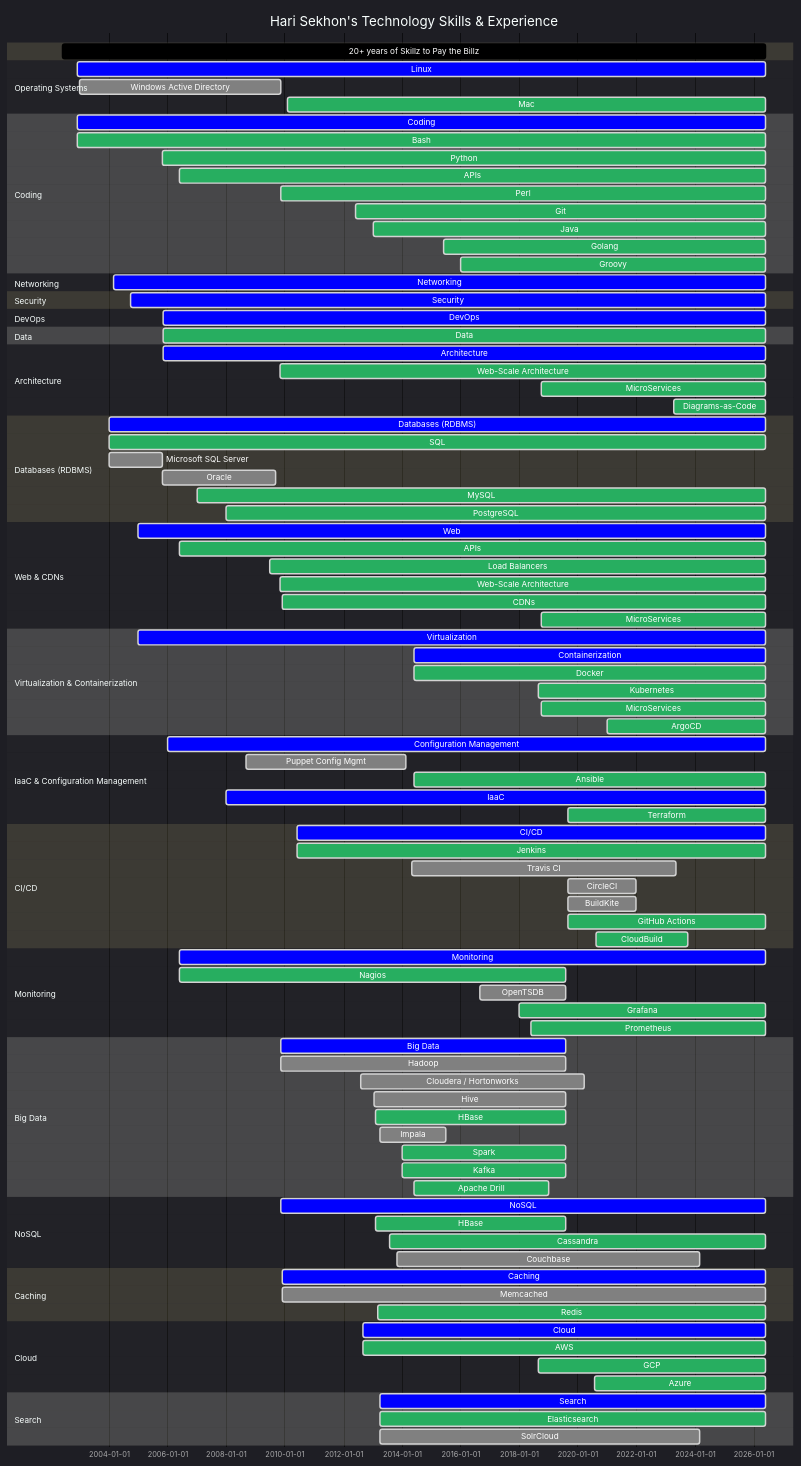
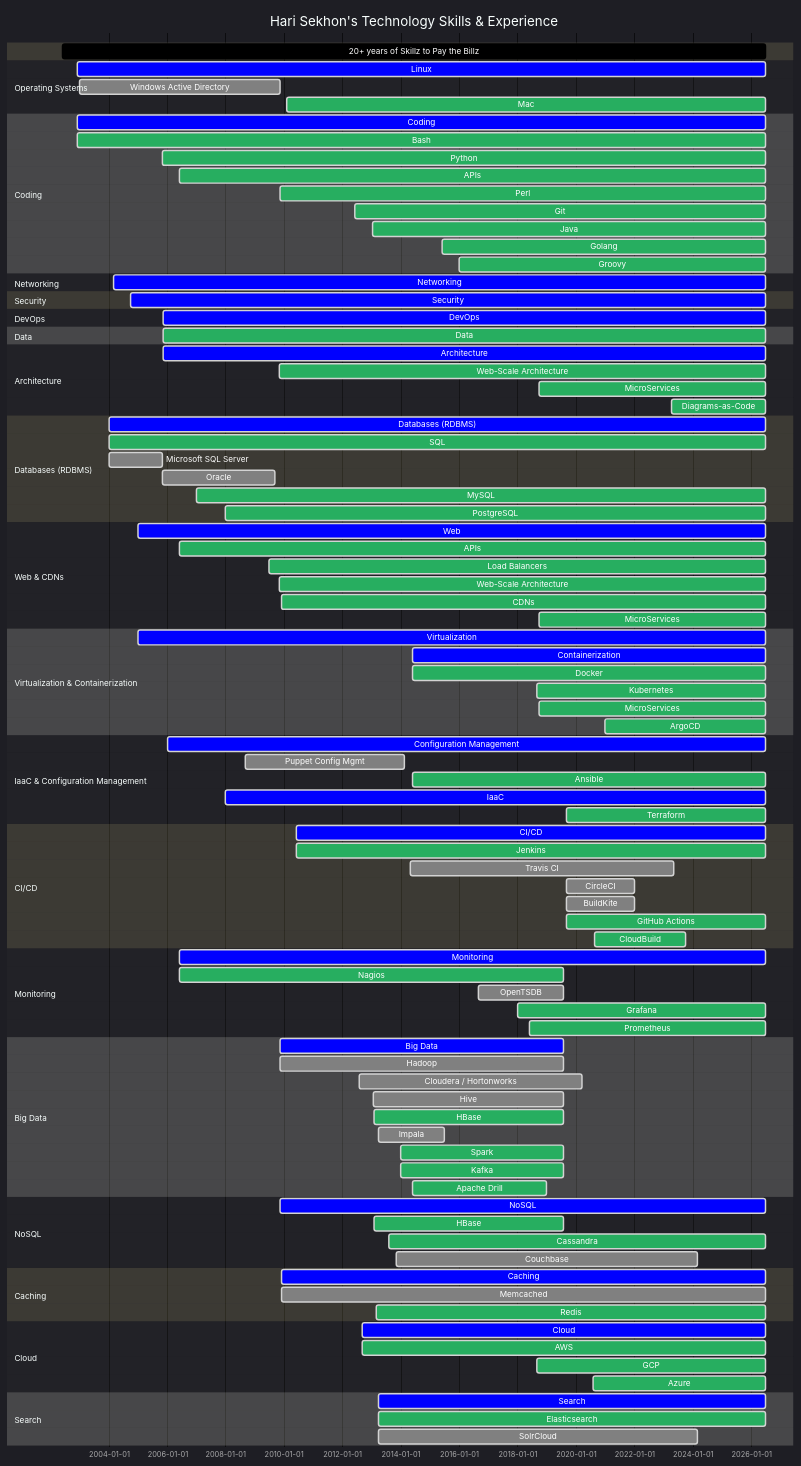
One commit to HariSekhon/HariSekhon changed the second of 2 diagrams in README.md. Above: the diagram before and after it, drawn with Mermaid. The commit also changed other lines of this file, not shown here.

Commit message:
updated profile counters

````diff
--- a/README.md
+++ b/README.md
@@ -1401,129 +1401,129 @@
     title Hari Sekhon's Technology Skills & Experience
     dateFormat  YYYY-MM-DD
 
-    20+ years of Skillz to Pay the Billz : 2002-06-01, 2026-05-30
+    20+ years of Skillz to Pay the Billz : 2002-06-01, 2026-06-30
 
     section Operating Systems
-    Linux                    : crit, 2002-12-01, 2026-05-30
+    Linux                    : crit, 2002-12-01, 2026-06-30
     Windows Active Directory : done, 2003-01-01, 2009-11-10
-    %%Redhat Linux             : active, 2002-12-01, 2026-05-30
-    %%Debian Linux             : active, 2003-01-01, 2026-05-30
+    %%Redhat Linux             : active, 2002-12-01, 2026-06-30
+    %%Debian Linux             : active, 2003-01-01, 2026-06-30
     %%Gentoo Linux             : done, 2004-06-01, 2009-11-10
-    %%Ubuntu Linux             : active, 2006-06-01, 2026-05-30
-    %%Alpine Linux             : done, 2016-01-01, 2026-05-30
-    Mac                      : active, 2010-02-01, 2026-05-30
+    %%Ubuntu Linux             : active, 2006-06-01, 2026-06-30
+    %%Alpine Linux             : done, 2016-01-01, 2026-06-30
+    Mac                      : active, 2010-02-01, 2026-06-30
 
     section Coding
-    Coding                 : crit, 2002-12-01, 2026-05-30
-    Bash                   : active, 2002-12-01, 2026-05-30
-    Python                 : active, 2005-11-01, 2026-05-30
-    APIs                   : active, 2006-06-01, 2026-05-30
+    Coding                 : crit, 2002-12-01, 2026-06-30
+    Bash                   : active, 2002-12-01, 2026-06-30
+    Python                 : active, 2005-11-01, 2026-06-30
+    APIs                   : active, 2006-06-01, 2026-06-30
     %%VBScript               : done, 2005-05-01, 2009-11-01
-    Perl                   : active, 2009-11-13, 2026-05-30
-    Git                    : active, 2012-06-01, 2026-05-30
+    Perl                   : active, 2009-11-13, 2026-06-30
+    Git                    : active, 2012-06-01, 2026-06-30
     %%Ruby                   : done, 2009-11-13, 2013-01-31
-    Java                   : active, 2013-01-13, 2026-05-30
+    Java                   : active, 2013-01-13, 2026-06-30
     %%Jython                 : done, 2013-01-13, 2015-12-31
     %%JRuby                  : done, 2013-03-01, 2013-08-31
     %%Scala                  : done, 2014-01-01, 2015-12-31
-    Golang                 : active, 2015-06-01, 2026-05-30
-    Groovy                 : active, 2016-01-01, 2026-05-30
+    Golang                 : active, 2015-06-01, 2026-06-30
+    Groovy                 : active, 2016-01-01, 2026-06-30
 
     %%section Build Systems
-    %%Make                   : active, 2006-06-01, 2026-05-30
-    %%Maven                  : active, 2013-02-01, 2026-05-30
-    %%SBT                    : active, 2014-01-01, 2026-05-30
-    %%Gradle                 : active, 2014-06-01, 2026-05-30
+    %%Make                   : active, 2006-06-01, 2026-06-30
+    %%Maven                  : active, 2013-02-01, 2026-06-30
+    %%SBT                    : active, 2014-01-01, 2026-06-30
+    %%Gradle                 : active, 2014-06-01, 2026-06-30
 
     %%section Version Control Systems
     %%Subversion             : done, 2005-11-13, 2012-06-01
     %%Mercurial              : done, 2011-06-01, 2013-06-01
-    %%Git                    : active, 2012-06-01, 2026-05-30
-    %%GitHub                 : active, 2012-12-31, 2026-05-30
+    %%Git                    : active, 2012-06-01, 2026-06-30
+    %%GitHub                 : active, 2012-12-31, 2026-06-30
 
     section Networking
-    Networking             : crit, 2004-03-01, 2026-05-30
-    %%VPNs                   : active, 2006-06-01, 2026-05-30
-    %%Cisco - IOS / NX-OS    : done, 2004-03-01, 2026-05-30
+    Networking             : crit, 2004-03-01, 2026-06-30
+    %%VPNs                   : active, 2006-06-01, 2026-06-30
+    %%Cisco - IOS / NX-OS    : done, 2004-03-01, 2026-06-30
     %%Juniper - Netscreen / SSG / SRX / ScreenOS / JunOS : done, 2007-01-01, 2013-01-18
     %%Netgear                : done, 2005-01-01, 2012-12-31
 
     section Load Balancers
 
     section Security
-    Security               : crit, 2004-10-01, 2026-05-30
-    %%Kerberos               : active, 2006-06-01, 2026-05-30
-    %%LDAP                   : active, 2006-06-01, 2026-05-30
+    Security               : crit, 2004-10-01, 2026-06-30
+    %%Kerberos               : active, 2006-06-01, 2026-06-30
+    %%LDAP                   : active, 2006-06-01, 2026-06-30
 
     section DevOps
-    DevOps                   : crit, 2005-11-11, 2026-05-30
+    DevOps                   : crit, 2005-11-11, 2026-06-30
 
     section Data
-    Data                   : active, 2005-11-11, 2026-05-30
-    %%Data Validation        : done, 2006-06-01, 2026-05-30
-    %%Data Science           : done, 2013-01-18, 2026-05-30
+    Data                   : active, 2005-11-11, 2026-06-30
+    %%Data Validation        : done, 2006-06-01, 2026-06-30
+    %%Data Science           : done, 2013-01-18, 2026-06-30
 
     section Architecture
-    Architecture            : crit,   2005-11-11, 2026-05-30
-    Web-Scale Architecture  : active, 2009-11-01, 2026-05-30
-    MicroServices           : active, 2018-10-01, 2026-05-30
-    Diagrams-as-Code        : active, 2023-04-14, 2026-05-30
+    Architecture            : crit,   2005-11-11, 2026-06-30
+    Web-Scale Architecture  : active, 2009-11-01, 2026-06-30
+    MicroServices           : active, 2018-10-01, 2026-06-30
+    Diagrams-as-Code        : active, 2023-04-14, 2026-06-30
 
     section Databases (RDBMS)
-    Databases (RDBMS)      : crit, 2004-01-01, 2026-05-30
-    SQL                    : active, 2004-01-01, 2026-05-30
+    Databases (RDBMS)      : crit, 2004-01-01, 2026-06-30
+    SQL                    : active, 2004-01-01, 2026-06-30
     Microsoft SQL Server   : done, 2004-01-01, 2005-10-31
     Oracle                 : done, 2005-11-01, 2009-09-10
-    MySQL                  : active, 2007-01-01, 2026-05-30
-    PostgreSQL             : active, 2008-01-01, 2026-05-30
+    MySQL                  : active, 2007-01-01, 2026-06-30
+    PostgreSQL             : active, 2008-01-01, 2026-06-30
 
     section Web & CDNs
-    Web                    : crit, 2005-01-01, 2026-05-30
-    APIs                   : active, 2006-06-01, 2026-05-30
+    Web                    : crit, 2005-01-01, 2026-06-30
+    APIs                   : active, 2006-06-01, 2026-06-30
 
-    Load Balancers         : active, 2009-07-01, 2026-05-30
+    Load Balancers         : active, 2009-07-01, 2026-06-30
     %%LVS                    : done, 2009-01-01, 2009-11-11
     %%Foundry - ServerIron XL / 4G : done, 2009-10-13, 2011-11-31
     %%F5 BigIP               : done, 2010-06-01, 2013-01-18
-    %%HAProxy                : active, 2018-04-01, 2026-05-30
-    %%Kong                   : active, 2023-03-01, 2026-05-30
-    %%Traefik                : active, 2023-03-01, 2026-05-30
+    %%HAProxy                : active, 2018-04-01, 2026-06-30
+    %%Kong                   : active, 2023-03-01, 2026-06-30
+    %%Traefik                : active, 2023-03-01, 2026-06-30
 
-    Web-Scale Architecture : active, 2009-11-01, 2026-05-30
-    CDNs                   : active, 2009-12-01, 2026-05-30
+    Web-Scale Architecture : active, 2009-11-01, 2026-06-30
+    CDNs                   : active, 2009-12-01, 2026-06-30
     %%UlraDNS                : done, 2009-11-01, 2012-06-31
     %%Cotendo                : done, 2012-06-01, 2013-01-13
-    %%Cloudflare             : active, 2020-08-20, 2026-05-30
-    MicroServices            : active, 2018-10-01, 2026-05-30
+    %%Cloudflare             : active, 2020-08-20, 2026-06-30
+    MicroServices            : active, 2018-10-01, 2026-06-30
 
     section Virtualization & Containerization
-    Virtualization         : crit, 2005-01-01, 2026-05-30
+    Virtualization         : crit, 2005-01-01, 2026-06-30
     %%VMware ESX, ESXi, VirtualBox : done, 2005-01-01, 2017-02-16
     %%Vagrant                : active, 2013-01-01, 2023-12-31
-    Containerization       : crit, 2014-06-01, 2026-05-30
-    Docker                 : active, 2014-06-01, 2026-05-30
-    Kubernetes             : active, 2018-09-01, 2026-05-30
-    MicroServices          : active, 2018-10-01, 2026-05-30
-    ArgoCD                 : active, 2021-01-01, 2026-05-30
+    Containerization       : crit, 2014-06-01, 2026-06-30
+    Docker                 : active, 2014-06-01, 2026-06-30
+    Kubernetes             : active, 2018-09-01, 2026-06-30
+    MicroServices          : active, 2018-10-01, 2026-06-30
+    ArgoCD                 : active, 2021-01-01, 2026-06-30
 
     section IaaC & Configuration Management
-    Configuration Management :crit, 2006-01-01, 2026-05-30
+    Configuration Management :crit, 2006-01-01, 2026-06-30
     Puppet Config Mgmt     : done, 2008-09-01, 2014-02-18
-    Ansible                : active, 2014-06-01, 2026-05-30
-    IaaC                   :crit, 2008-01-01, 2026-05-30
-    Terraform              :active, 2019-09-01, 2026-05-30
+    Ansible                : active, 2014-06-01, 2026-06-30
+    IaaC                   :crit, 2008-01-01, 2026-06-30
+    Terraform              :active, 2019-09-01, 2026-06-30
     %%Terraform Cloud        : active, 2021-09-01, 2022-09-31
-    %%Kickstart              : active, 2008-01-01, 2026-05-30
-    %%Preseed                : active, 2009-01-01, 2026-05-30
-    %%AutoInstall            : active, 2023-01-01, 2026-05-30
+    %%Kickstart              : active, 2008-01-01, 2026-06-30
+    %%Preseed                : active, 2009-01-01, 2026-06-30
+    %%AutoInstall            : active, 2023-01-01, 2026-06-30
 
     section CI/CD
-    CI/CD                  : crit, 2010-06-01, 2026-05-30
-    Jenkins                : active, 2010-06-01, 2026-05-30
+    CI/CD                  : crit, 2010-06-01, 2026-06-30
+    Jenkins                : active, 2010-06-01, 2026-06-30
     Travis CI              : done, 2014-05-01, 2023-05-08
     CircleCI               : done, 2019-09-01, 2021-12-31
     BuildKite              : done, 2019-09-01, 2021-12-31
-    GitHub Actions         : active, 2019-09-01, 2026-05-30
+    GitHub Actions         : active, 2019-09-01, 2026-06-30
     %%GitLab                 : active, 2019-09-01, 2022-12-31
     %%Azure DevOps           : done, 2019-09-01, 2022-12-31
     %%Bitbucket              : done, 2019-09-01, 2022-12-31
@@ -1532,11 +1532,11 @@
     CloudBuild             : active, 2020-08-20, 2023-09-30
 
     section Monitoring
-    Monitoring             : crit, 2006-06-01, 2026-05-30
+    Monitoring             : crit, 2006-06-01, 2026-06-30
     Nagios                 : active, 2006-06-01, 2019-07-31
     OpenTSDB               : done, 2016-09-01, 2019-07-31
-    Grafana                : active, 2018-01-01, 2026-05-30
-    Prometheus             : active, 2018-06-01, 2026-05-30
+    Grafana                : active, 2018-01-01, 2026-06-30
+    Prometheus             : active, 2018-06-01, 2026-06-30
     %%Pingdom                : done, 2020-08-20, 2023-09-17
     %%Datadog                : done, 2022-08-20, 2023-09-17
 
@@ -1554,28 +1554,28 @@
     Apache Drill           : active, 2014-06-01, 2018-12-31
 
     section NoSQL
-    NoSQL                  : crit, 2009-11-13, 2026-05-30
+    NoSQL                  : crit, 2009-11-13, 2026-06-30
     HBase                  : active, 2013-02-01, 2019-07-31
     %%MongoDB                : done, 2013-06-01, 2013-12-31
-    Cassandra              : active, 2013-08-01, 2026-05-30
+    Cassandra              : active, 2013-08-01, 2026-06-30
     Couchbase              : done, 2013-11-01, 2024-03-01
 
     section Caching
-    Caching                : crit, 2009-11-31, 2026-05-30
-    Memcached              : done, 2009-11-31, 2026-05-30
-    Redis                  : active, 2013-03-01, 2026-05-30
+    Caching                : crit, 2009-11-31, 2026-06-30
+    Memcached              : done, 2009-11-31, 2026-06-30
+    Redis                  : active, 2013-03-01, 2026-06-30
 
     section Cloud
-    Cloud            : crit, 2012-09-01, 2026-05-30
-    AWS              : active, 2012-09-01, 2026-05-30
-    GCP              : active, 2018-09-01, 2026-05-30
-    Azure            : active, 2020-08-01, 2026-05-30
+    Cloud            : crit, 2012-09-01, 2026-06-30
+    AWS              : active, 2012-09-01, 2026-06-30
+    GCP              : active, 2018-09-01, 2026-06-30
+    Azure            : active, 2020-08-01, 2026-06-30
 
     section Search
-    Search                 : crit, 2013-03-31, 2026-05-30
-    Elasticsearch          : active, 2013-03-31, 2026-05-30
-    %%LogStash               : done, 2013-03-31, 2026-05-30
-    %%Fluentd                : crit, 2018-03-31, 2026-05-30
-    %%Kibana                 : crit, 2013-03-31, 2026-05-30
+    Search                 : crit, 2013-03-31, 2026-06-30
+    Elasticsearch          : active, 2013-03-31, 2026-06-30
+    %%LogStash               : done, 2013-03-31, 2026-06-30
+    %%Fluentd                : crit, 2018-03-31, 2026-06-30
+    %%Kibana                 : crit, 2013-03-31, 2026-06-30
     SolrCloud              : done, 2013-04-01, 2024-03-01
 ```
````
